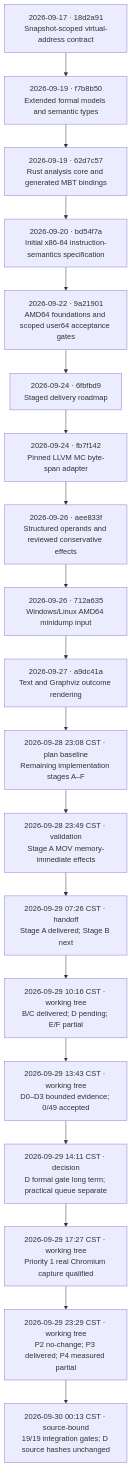
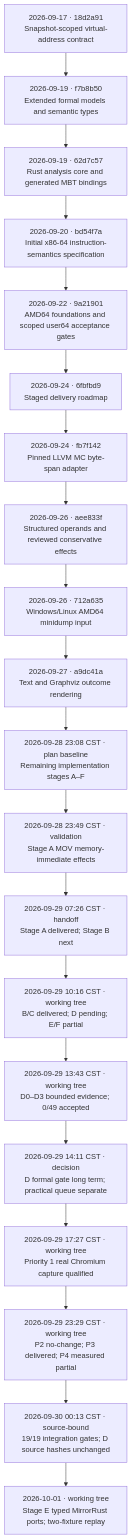
One commit to NzSN/Ariadne changed the first of 2 diagrams in CHECKPOINTS.md. Above: the diagram before and after it, drawn with Mermaid. The commit also changed other lines of this file and 45 other files, not shown here.

First line of the commit message:
Integrate MirrorRust replay for Stage E

````diff
--- a/CHECKPOINTS.md
+++ b/CHECKPOINTS.md
@@ -8,23 +8,25 @@
 ```mermaid
 flowchart TD
     A["2026-09-17 · 18d2a91<br/>Snapshot-scoped virtual-address contract"]
     B["2026-09-19 · f7b8b50<br/>Extended formal models and semantic types"]
     C["2026-09-19 · 62d7c57<br/>Rust analysis core and generated MBT bindings"]
     D["2026-09-20 · bd54f7a<br/>Initial x86-64 instruction-semantics specification"]
     E["2026-09-22 · 9a21901<br/>AMD64 foundations and scoped user64 acceptance gates"]
     F["2026-09-24 · 6fbfbd9<br/>Staged delivery roadmap"]
     G["2026-09-24 · fb7f142<br/>Pinned LLVM MC byte-span adapter"]
     H["2026-09-26 · aee833f<br/>Structured operands and reviewed conservative effects"]
     I["2026-09-26 · 712a635<br/>Windows/Linux AMD64 minidump input"]
     J["2026-09-27 · a9dc41a<br/>Text and Graphviz outcome rendering"]
     K["2026-09-28 23:08 CST · plan baseline<br/>Remaining implementation stages A–F"]
     L["2026-09-28 23:49 CST · validation<br/>Stage A MOV memory-immediate effects"]
     M["2026-09-29 07:26 CST · handoff<br/>Stage A delivered; Stage B next"]
     N["2026-09-29 10:16 CST · working tree<br/>B/C delivered; D pending; E/F partial"]
     O["2026-09-29 13:43 CST · working tree<br/>D0–D3 bounded evidence; 0/49 accepted"]
     P["2026-09-29 14:11 CST · decision<br/>D formal gate long term; practical queue separate"]
     Q["2026-09-29 17:27 CST · working tree<br/>Priority 1 real Chromium capture qualified"]
     R["2026-09-29 23:29 CST · working tree<br/>P2 no-change; P3 delivered; P4 measured partial"]
     S["2026-09-30 00:13 CST · source-bound<br/>19/19 integration gates; D source hashes unchanged"]
+    T["2026-10-01 · working tree<br/>Stage E typed MirrorRust ports; two-fixture replay"]
     A --> B --> C --> D --> E --> F --> G --> H --> I --> J --> K --> L --> M --> N --> O --> P --> Q --> R --> S
+    S --> T
 ```
````
